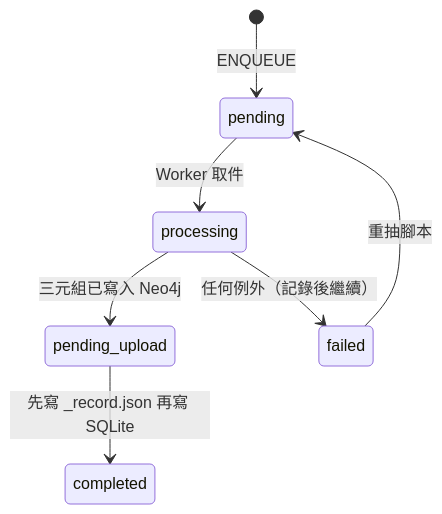
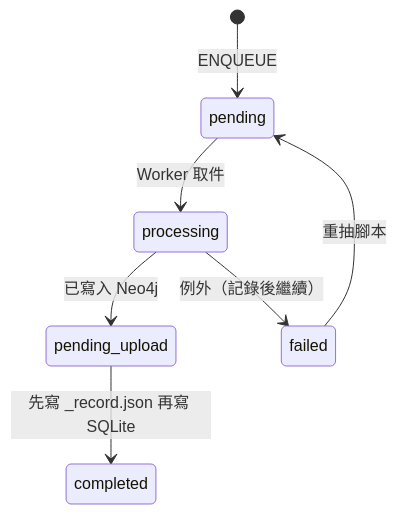
Before and after one commit to Chester930/world-knowledge-graph-rag: the fifth of 12 diagrams in docs/報告/95_專案節點流程總覽與設計說明.md, drawn with Mermaid. The commit also changed other lines of this file and 1 other file, not shown here.

````diff
--- a/docs/報告/95_專案節點流程總覽與設計說明.md
+++ b/docs/報告/95_專案節點流程總覽與設計說明.md
@@ -201,9 +233,9 @@
 ```mermaid
 stateDiagram-v2
     [*] --> pending: ENQUEUE
     pending --> processing: Worker 取件
-    processing --> pending_upload: 三元組已寫入 Neo4j
+    processing --> pending_upload: 已寫入 Neo4j
     pending_upload --> completed: 先寫 _record.json 再寫 SQLite
-    processing --> failed: 任何例外（記錄後繼續）
+    processing --> failed: 例外（記錄後繼續）
     failed --> pending: 重抽腳本
 ```
````
